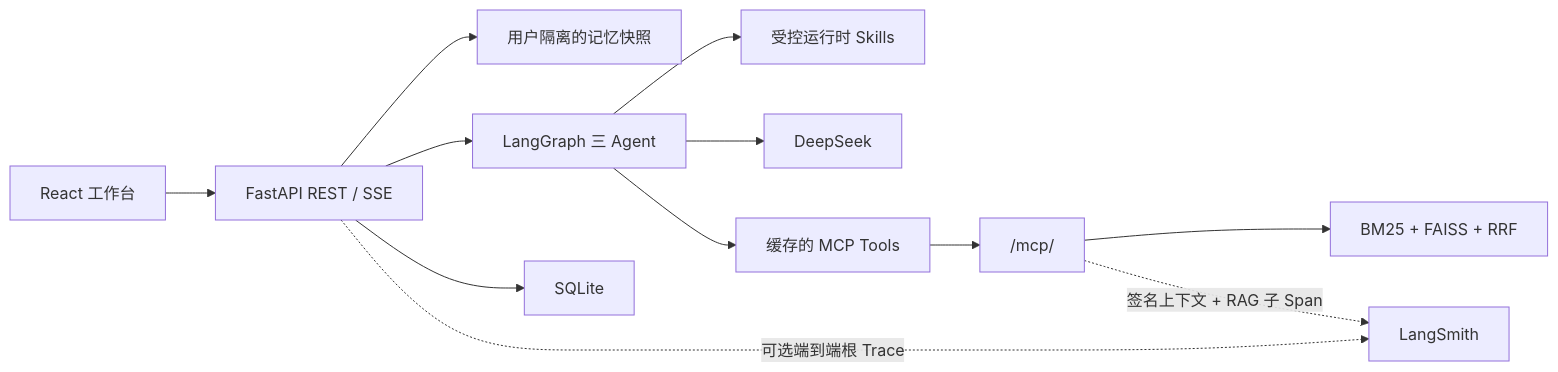
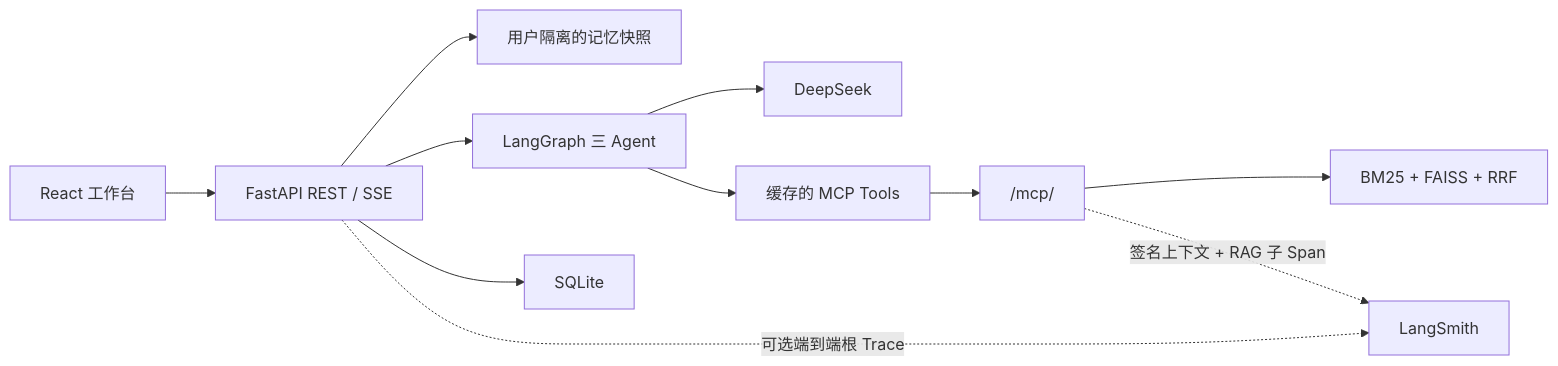
The diagram in resume/README.md (Vinn7/LawStation), drawn with Mermaid before and after one commit. The commit also changed other lines of this file and 68 other files, not shown here.

````diff
--- a/resume/README.md
+++ b/resume/README.md
@@ -47,14 +50,13 @@
 ```mermaid
 flowchart LR
     UI["React 工作台"] --> API["FastAPI REST / SSE"]
     API --> MEMORY["用户隔离的记忆快照"]
     API --> GRAPH["LangGraph 三 Agent"]
-    GRAPH --> SKILLS["受控运行时 Skills"]
     GRAPH --> LLM["DeepSeek"]
     GRAPH --> TOOLS["缓存的 MCP Tools"]
     TOOLS --> MCP["/mcp/"]
     MCP --> RAG["BM25 + FAISS + RRF"]
     API --> DB["SQLite"]
     API -. "可选端到端根 Trace" .-> LS["LangSmith"]
     MCP -. "签名上下文 + RAG 子 Span" .-> LS
 ```
````
